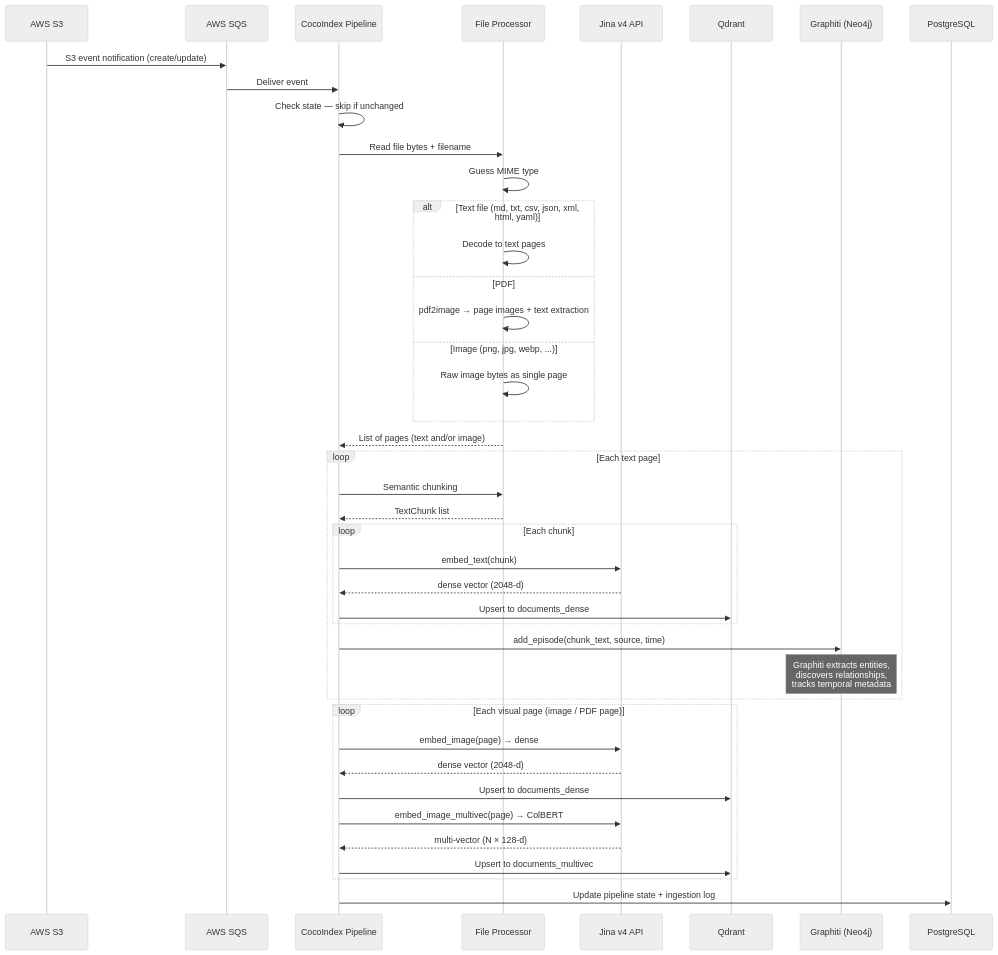
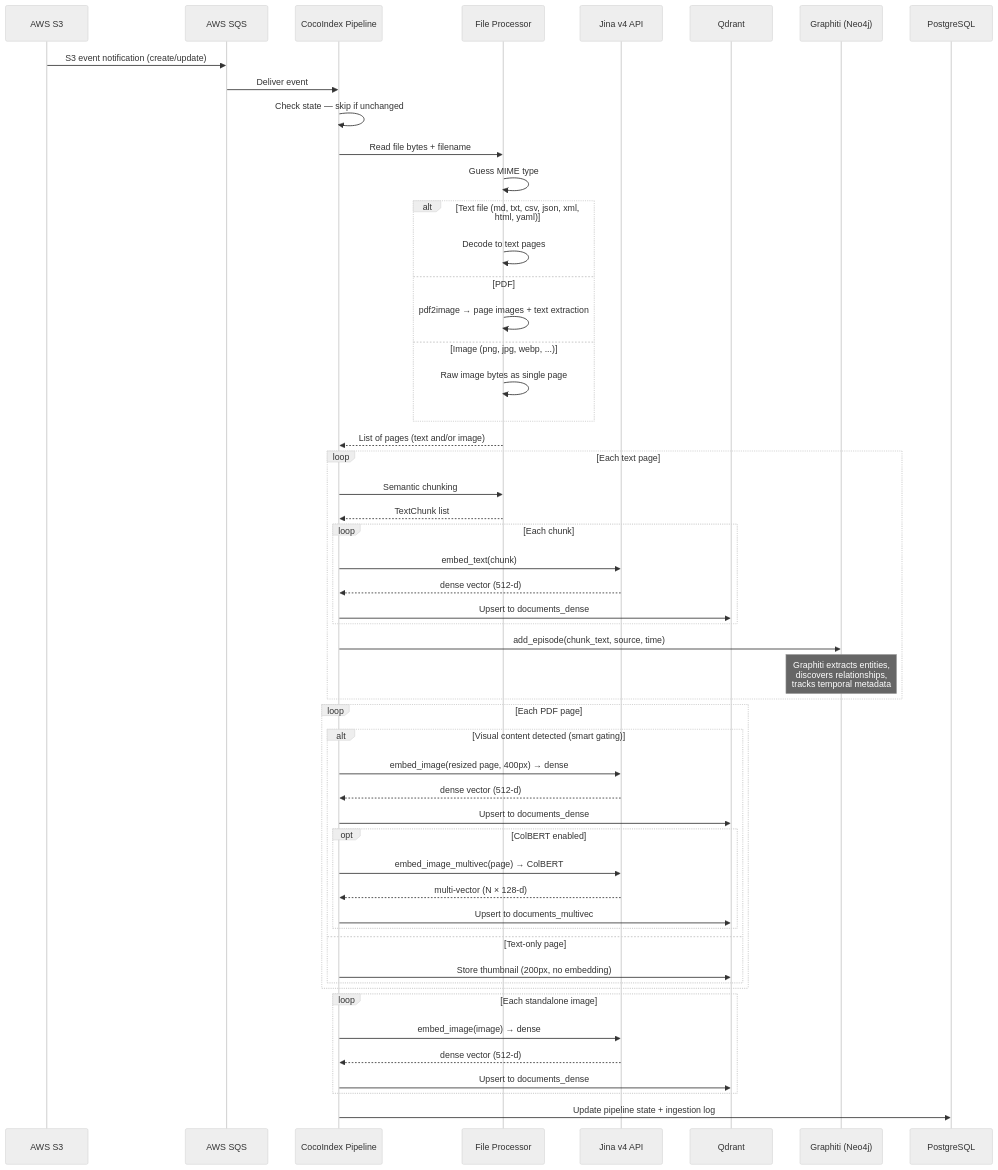
Before and after one commit to dollro/spektr: the first of 3 diagrams in docs/architecture/data-flow.md, drawn with Mermaid (neutral theme). The commit also changed other lines of this file and 14 other files, not shown here.

First line of the commit message:
docs: update architecture docs, config, and CLAUDE.md

````diff
--- a/docs/architecture/data-flow.md
+++ b/docs/architecture/data-flow.md
@@ -11,53 +11,65 @@
 ```mermaid
 sequenceDiagram
     participant S3 as AWS S3
     participant SQS as AWS SQS
     participant Coco as CocoIndex Pipeline
     participant FP as File Processor
     participant Jina as Jina v4 API
     participant QD as Qdrant
     participant Gr as Graphiti (Neo4j)
     participant PG as PostgreSQL
 
     S3->>SQS: S3 event notification (create/update)
     SQS->>Coco: Deliver event
     Coco->>Coco: Check state — skip if unchanged
     Coco->>FP: Read file bytes + filename
 
     FP->>FP: Guess MIME type
     alt Text file (md, txt, csv, json, xml, html, yaml)
         FP->>FP: Decode to text pages
     else PDF
         FP->>FP: pdf2image → page images + text extraction
     else Image (png, jpg, webp, ...)
         FP->>FP: Raw image bytes as single page
     end
 
     FP-->>Coco: List of pages (text and/or image)
 
     loop Each text page
         Coco->>FP: Semantic chunking
         FP-->>Coco: TextChunk list
 
         loop Each chunk
             Coco->>Jina: embed_text(chunk)
-            Jina-->>Coco: dense vector (2048-d)
+            Jina-->>Coco: dense vector (512-d)
             Coco->>QD: Upsert to documents_dense
         end
 
         Coco->>Gr: add_episode(chunk_text, source, time)
         Note over Gr: Graphiti extracts entities,<br/>discovers relationships,<br/>tracks temporal metadata
     end
 
-    loop Each visual page (image / PDF page)
-        Coco->>Jina: embed_image(page) → dense
-        Jina-->>Coco: dense vector (2048-d)
+    loop Each PDF page
+        alt Visual content detected (smart gating)
+            Coco->>Jina: embed_image(resized page, 400px) → dense
+            Jina-->>Coco: dense vector (512-d)
+            Coco->>QD: Upsert to documents_dense
+
+            opt ColBERT enabled
+                Coco->>Jina: embed_image_multivec(page) → ColBERT
+                Jina-->>Coco: multi-vector (N × 128-d)
+                Coco->>QD: Upsert to documents_multivec
+            end
+        else Text-only page
+            Coco->>QD: Store thumbnail (200px, no embedding)
+        end
+    end
+
+    loop Each standalone image
+        Coco->>Jina: embed_image(image) → dense
+        Jina-->>Coco: dense vector (512-d)
         Coco->>QD: Upsert to documents_dense
-
-        Coco->>Jina: embed_image_multivec(page) → ColBERT
-        Jina-->>Coco: multi-vector (N × 128-d)
-        Coco->>QD: Upsert to documents_multivec
     end
 
     Coco->>PG: Update pipeline state + ingestion log
 ```
````
